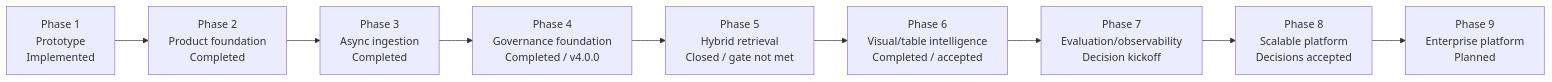
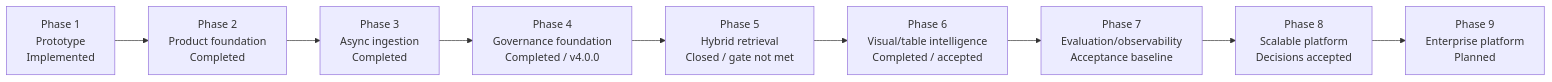
The second of 11 diagrams in mm-rag-full-stack-genai-bootcamp-3.0/docs/architecture/ARCHITECTURE.md (mvyas412/ai-projects), drawn with Mermaid before and after one commit. The commit also changed other lines of this file and 4 other files, not shown here.

````diff
--- a/mm-rag-full-stack-genai-bootcamp-3.0/docs/architecture/ARCHITECTURE.md
+++ b/mm-rag-full-stack-genai-bootcamp-3.0/docs/architecture/ARCHITECTURE.md
@@ -186,12 +186,12 @@
 ```mermaid
 flowchart LR
     p1["Phase 1<br/>Prototype<br/>Implemented"] -->
     p2["Phase 2<br/>Product foundation<br/>Completed"] -->
     p3["Phase 3<br/>Async ingestion<br/>Completed"] -->
     p4["Phase 4<br/>Governance foundation<br/>Completed / v4.0.0"] -->
     p5["Phase 5<br/>Hybrid retrieval<br/>Closed / gate not met"] -->
     p6["Phase 6<br/>Visual/table intelligence<br/>Completed / accepted"] -->
-    p7["Phase 7<br/>Evaluation/observability<br/>Decision kickoff"] -->
+    p7["Phase 7<br/>Evaluation/observability<br/>Acceptance baseline"] -->
     p8["Phase 8<br/>Scalable platform<br/>Decisions accepted"] -->
     p9["Phase 9<br/>Enterprise platform<br/>Planned"]
 ```
````
